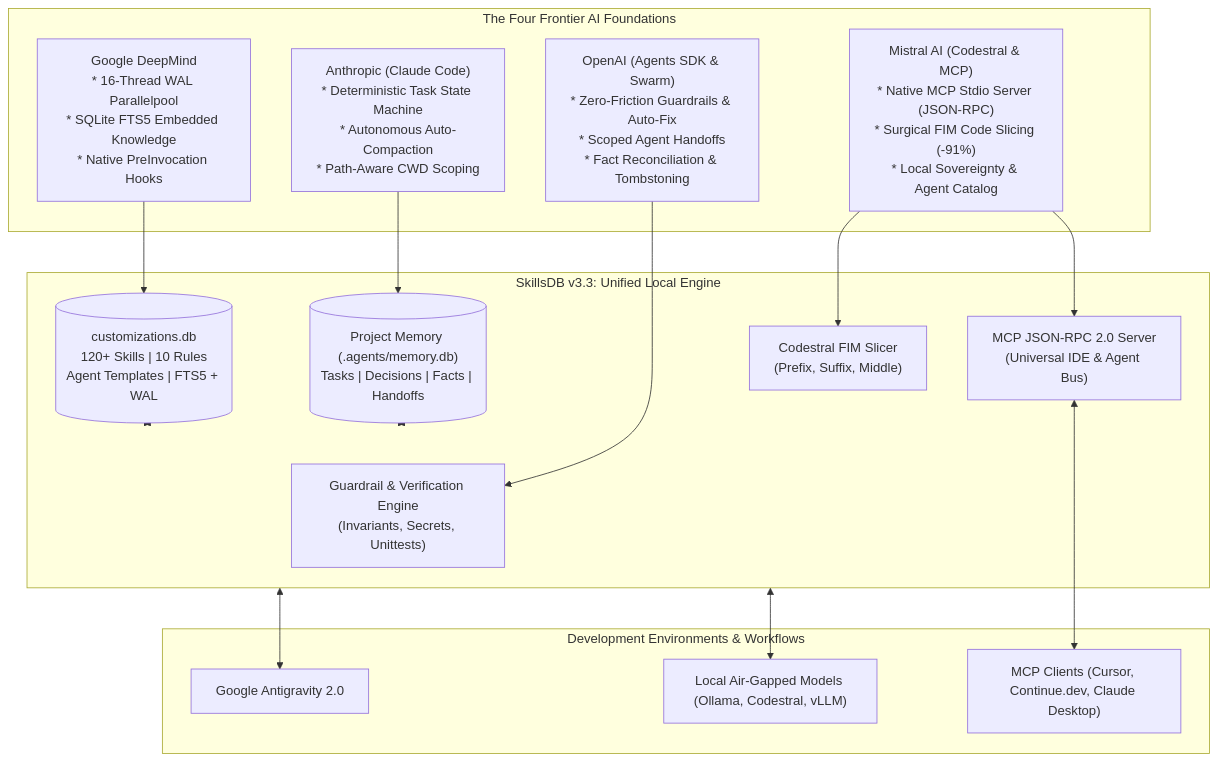
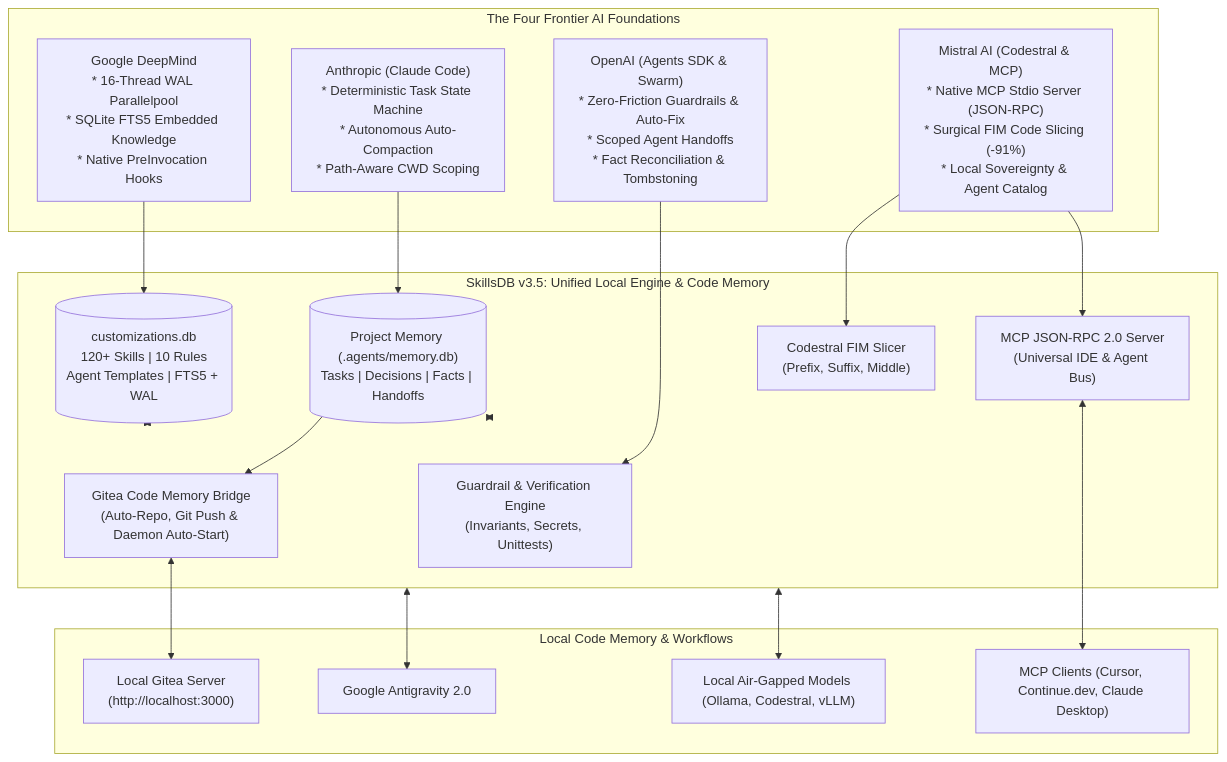
Before and after one commit to scorpion421/skillsdb: the first of 5 diagrams in README.md, drawn with Mermaid. The commit also changed other lines of this file, not shown here.

Commit message:
docs(readme): synchronize architecture diagrams, xychart, and evolution flowchart with v3.5

````diff
--- a/README.md
+++ b/README.md
@@ -46,35 +46,39 @@
 ```mermaid
 flowchart TD
     subgraph FrontierAI ["The Four Frontier AI Foundations"]
         G["Google DeepMind\n* 16-Thread WAL Parallelpool\n* SQLite FTS5 Embedded Knowledge\n* Native PreInvocation Hooks"]
         A["Anthropic (Claude Code)\n* Deterministic Task State Machine\n* Autonomous Auto-Compaction\n* Path-Aware CWD Scoping"]
         O["OpenAI (Agents SDK & Swarm)\n* Zero-Friction Guardrails & Auto-Fix\n* Scoped Agent Handoffs\n* Fact Reconciliation & Tombstoning"]
         M["Mistral AI (Codestral & MCP)\n* Native MCP Stdio Server (JSON-RPC)\n* Surgical FIM Code Slicing (-91%)\n* Local Sovereignty & Agent Catalog"]
     end
 
-    subgraph SkillsDBEngine ["SkillsDB v3.3: Unified Local Engine"]
+    subgraph SkillsDBEngine ["SkillsDB v3.5: Unified Local Engine & Code Memory"]
         CentralDB[("customizations.db\n120+ Skills | 10 Rules\nAgent Templates | FTS5 + WAL")]
         ProjectMem[("Project Memory (.agents/memory.db)\nTasks | Decisions | Facts | Handoffs")]
         GuardEngine["Guardrail & Verification Engine\n(Invariants, Secrets, Unittests)"]
         FIMEngine["Codestral FIM Slicer\n(Prefix, Suffix, Middle)"]
         MCPServer["MCP JSON-RPC 2.0 Server\n(Universal IDE & Agent Bus)"]
+        GiteaBridge["Gitea Code Memory Bridge\n(Auto-Repo, Git Push & Daemon Auto-Start)"]
     end
 
-    subgraph Workflows ["Development Environments & Workflows"]
+    subgraph Infrastructure ["Local Code Memory & Workflows"]
         AGY["Google Antigravity 2.0"]
         EXT["MCP Clients (Cursor, Continue.dev, Claude Desktop)"]
         LOCAL["Local Air-Gapped Models (Ollama, Codestral, vLLM)"]
+        GITEA["Local Gitea Server\n(http://localhost:3000)"]
     end
 
     G --> CentralDB
     A --> ProjectMem
     O --> GuardEngine
     M --> FIMEngine
     M --> MCPServer
 
     CentralDB <--> SkillsDBEngine
     ProjectMem <--> SkillsDBEngine
+    ProjectMem --> GiteaBridge
+    GiteaBridge <--> GITEA
     SkillsDBEngine <--> AGY
     MCPServer <--> EXT
     SkillsDBEngine <--> LOCAL
 ```
````
